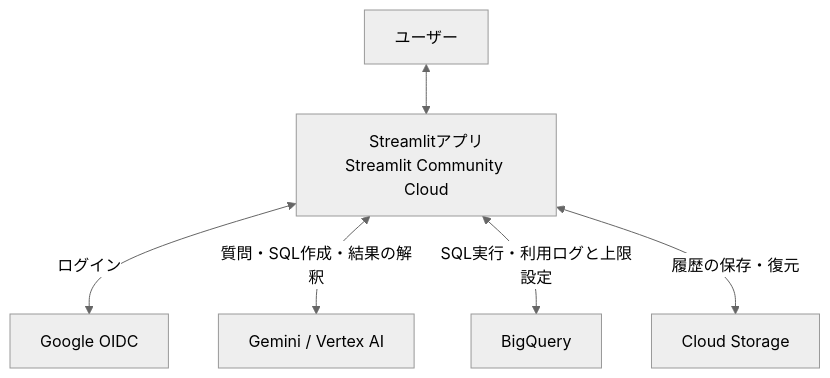
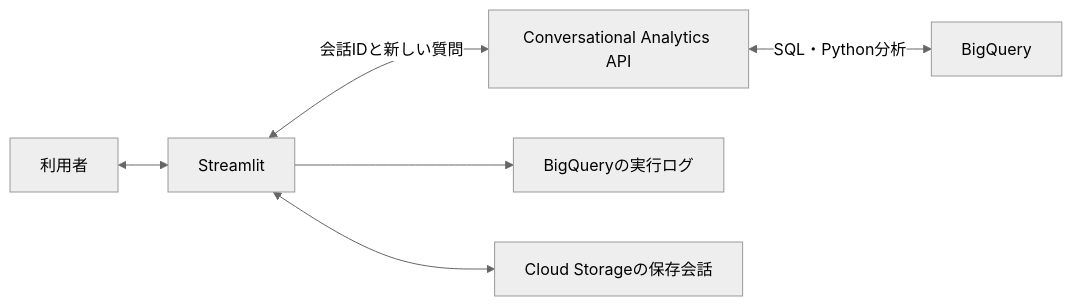
The diagram in README.md (shirucafeDX/shirugpt), drawn with Mermaid (neutral theme) before and after one commit. The commit also changed other lines of this file and 40 other files, not shown here.

````diff
--- a/README.md
+++ b/README.md
@@ -29,8 +9,8 @@
 ```mermaid
-flowchart TD
-    User[ユーザー] <--> App[Streamlitアプリ<br/>Streamlit Community Cloud]
-    App <-->|ログイン| Auth[Google OIDC]
-    App <-->|質問・SQL作成・結果の解釈| AI[Gemini / Vertex AI]
-    App <-->|SQL実行・利用ログと上限設定| BQ[BigQuery]
-    App <-->|履歴の保存・復元| GCS[Cloud Storage]
+flowchart LR
+    User[利用者] <--> App[Streamlit]
+    App <-->|会話IDと新しい質問| API[Conversational Analytics API]
+    API <-->|SQL・Python分析| BQ[BigQuery]
+    App --> Logs[BigQueryの実行ログ]
+    App <--> History[Cloud Storageの保存会話]
 ```
````
